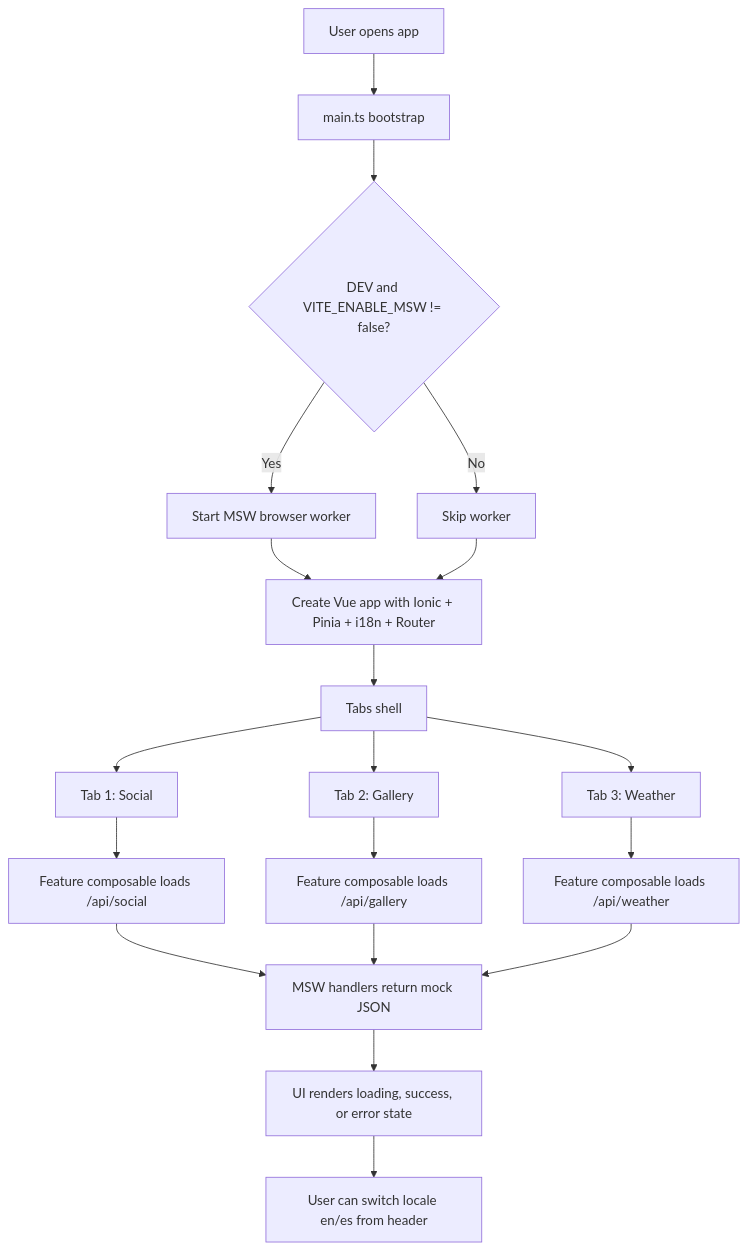
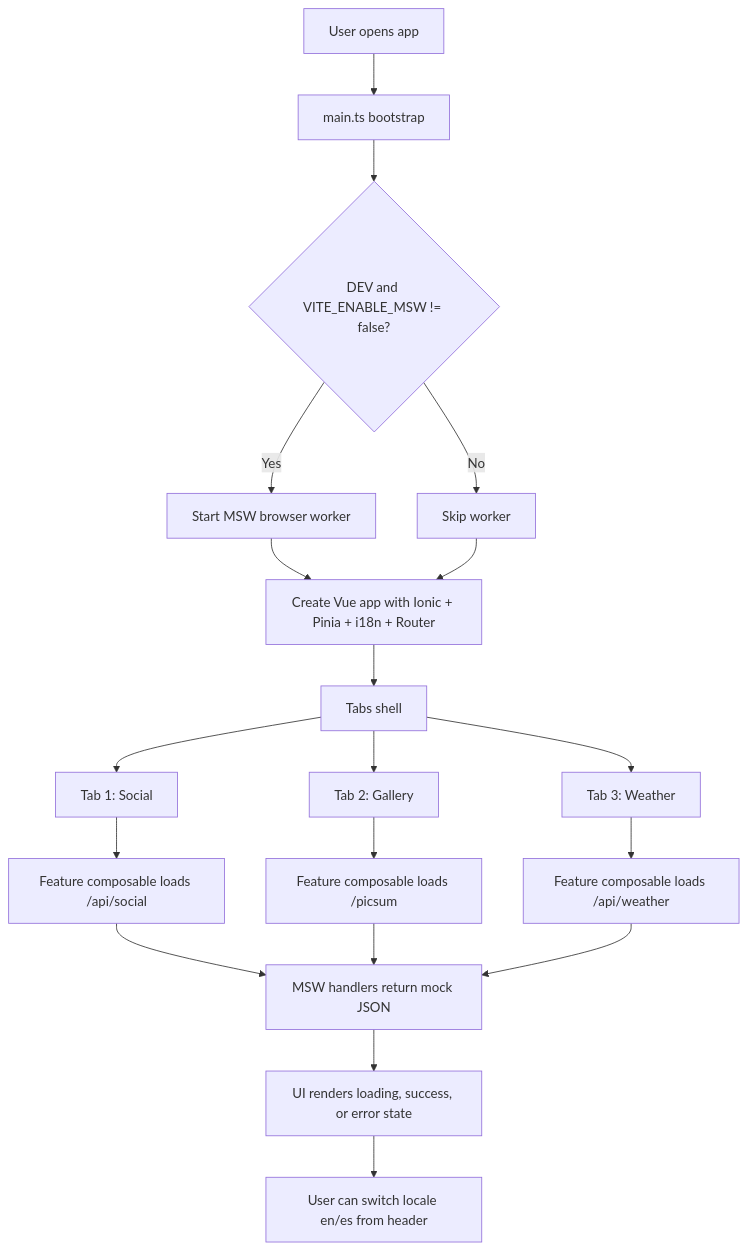
Before and after one commit to mergin/ionic-vue-poc: the diagram in README.md, drawn with Mermaid. The commit also changed other lines of this file and 9 other files, not shown here.

````diff
--- a/README.md
+++ b/README.md
@@ -63,25 +63,25 @@
 ```mermaid
 flowchart TD
 	A[User opens app] --> B[main.ts bootstrap]
 	B --> C{DEV and VITE_ENABLE_MSW != false?}
 	C -->|Yes| D[Start MSW browser worker]
 	C -->|No| E[Skip worker]
 	D --> F[Create Vue app with Ionic + Pinia + i18n + Router]
 	E --> F
 	F --> G[Tabs shell]
 
 	G --> H1[Tab 1: Social]
 	G --> H2[Tab 2: Gallery]
 	G --> H3[Tab 3: Weather]
 
 	H1 --> I1[Feature composable loads /api/social]
-	H2 --> I2[Feature composable loads /api/gallery]
+	H2 --> I2[Feature composable loads /picsum]
 	H3 --> I3[Feature composable loads /api/weather]
 
 	I1 --> J[MSW handlers return mock JSON]
 	I2 --> J
 	I3 --> J
 
 	J --> K[UI renders loading, success, or error state]
 	K --> L[User can switch locale en/es from header]
 ```
````
